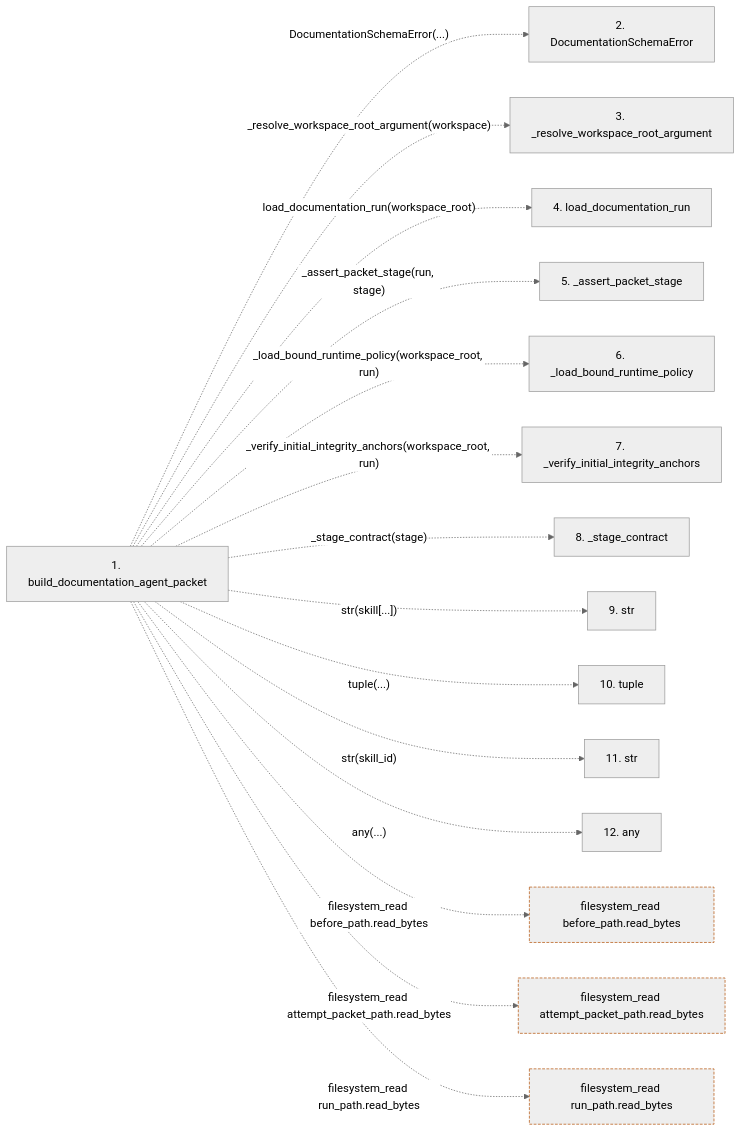
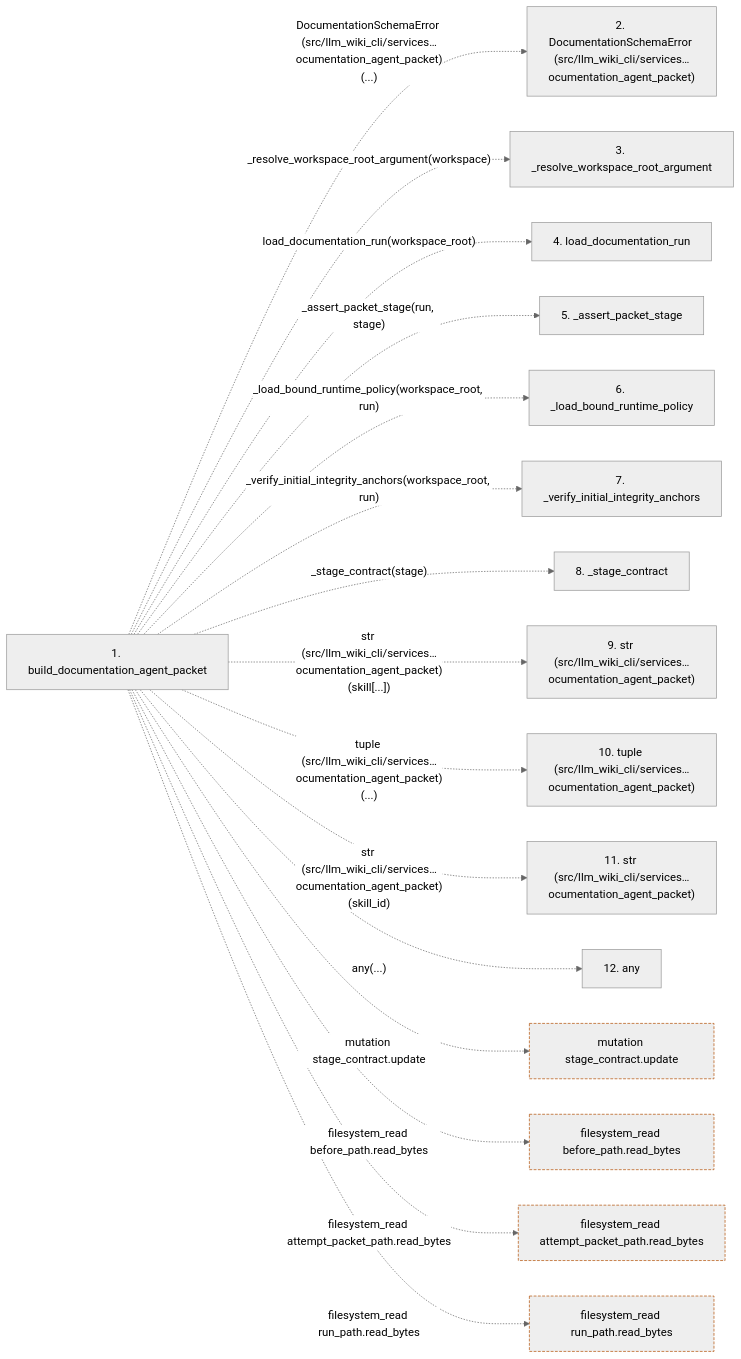
One commit to Denissvgn/python-wiki-llm changed the second of 2 diagrams in docs/llm_wiki/flows/api-build_documentation_agent_packet.md. Above: the diagram before and after it, drawn with Mermaid (neutral theme). The commit also changed other lines of this file and 375 other files, not shown here.

Commit message:
feat: propose independently reviewed patches for mapped wiki documentation

````diff
--- a/docs/llm_wiki/flows/api-build_documentation_agent_packet.md
+++ b/docs/llm_wiki/flows/api-build_documentation_agent_packet.md
@@ -97,37 +144,40 @@
 ```mermaid
 flowchart LR
     s1["1. build_documentation_agent_packet"]
-    s2["2. DocumentationSchemaError"]
+    s2["2. DocumentationSchemaError (src/llm_wiki_cli/services…ocumentation_agent_packet)"]
     s3["3. _resolve_workspace_root_argument"]
     s4["4. load_documentation_run"]
     s5["5. _assert_packet_stage"]
     s6["6. _load_bound_runtime_policy"]
     s7["7. _verify_initial_integrity_anchors"]
     s8["8. _stage_contract"]
-    s9["9. str"]
-    s10["10. tuple"]
-    s11["11. str"]
+    s9["9. str (src/llm_wiki_cli/services…ocumentation_agent_packet)"]
+    s10["10. tuple (src/llm_wiki_cli/services…ocumentation_agent_packet)"]
+    s11["11. str (src/llm_wiki_cli/services…ocumentation_agent_packet)"]
     s12["12. any"]
-    s1 -. "DocumentationSchemaError(...)" .-> s2
+    s1 -. "DocumentationSchemaError (src/llm_wiki_cli/services…ocumentation_agent_packet)(...)" .-> s2
     s1 -. "_resolve_workspace_root_argument(workspace)" .-> s3
     s1 -. "load_documentation_run(workspace_root)" .-> s4
     s1 -. "_assert_packet_stage(run, stage)" .-> s5
     s1 -. "_load_bound_runtime_policy(workspace_root, run)" .-> s6
     s1 -. "_verify_initial_integrity_anchors(workspace_root, run)" .-> s7
     s1 -. "_stage_contract(stage)" .-> s8
-    s1 -. "str(skill[...])" .-> s9
-    s1 -. "tuple(...)" .-> s10
-    s1 -. "str(skill_id)" .-> s11
+    s1 -. "str (src/llm_wiki_cli/services…ocumentation_agent_packet)(skill[...])" .-> s9
+    s1 -. "tuple (src/llm_wiki_cli/services…ocumentation_agent_packet)(...)" .-> s10
+    s1 -. "str (src/llm_wiki_cli/services…ocumentation_agent_packet)(skill_id)" .-> s11
     s1 -. "any(...)" .-> s12
-    b0["filesystem_read before_path.read_bytes"]
-    s1 -. "filesystem_read before_path.read_bytes" .-> b0
-    b1["filesystem_read attempt_packet_path.read_bytes"]
-    s1 -. "filesystem_read attempt_packet_path.read_bytes" .-> b1
-    b2["filesystem_read run_path.read_bytes"]
-    s1 -. "filesystem_read run_path.read_bytes" .-> b2
+    b0["mutation stage_contract.update"]
+    s1 -. "mutation stage_contract.update" .-> b0
+    b1["filesystem_read before_path.read_bytes"]
+    s1 -. "filesystem_read before_path.read_bytes" .-> b1
+    b2["filesystem_read attempt_packet_path.read_bytes"]
+    s1 -. "filesystem_read attempt_packet_path.read_bytes" .-> b2
+    b3["filesystem_read run_path.read_bytes"]
+    s1 -. "filesystem_read run_path.read_bytes" .-> b3
     click s1 "../modules/packet.md"
     classDef boundary stroke:#b45309,stroke-dasharray: 4 2
     class b0 boundary
     class b1 boundary
     class b2 boundary
+    class b3 boundary
 ```
````
